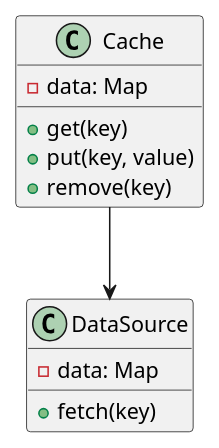
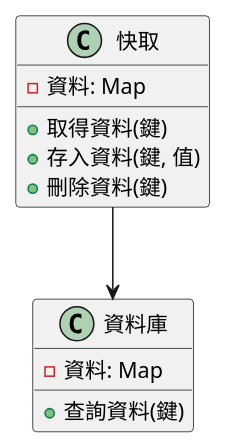
One commit to fine5351/info-sync changed the first of 3 diagrams in doc/learning/architecture/cache_tutorial.md. Above: the diagram before and after it, drawn with PlantUML. The commit also changed other lines of this file and 35 other files, not shown here.

````diff
--- a/doc/learning/architecture/cache_tutorial.md
+++ b/doc/learning/architecture/cache_tutorial.md
@@ -61,17 +45,17 @@
 ```plantuml
 @startuml
-class Cache {
-    - data: Map
-    + get(key)
-    + put(key, value)
-    + remove(key)
+class 快取 {
+    - 資料: Map
+    + 取得資料(鍵)
+    + 存入資料(鍵, 值)
+    + 刪除資料(鍵)
 }
 
-class DataSource {
-    - data: Map
-    + fetch(key)
+class 資料庫 {
+    - 資料: Map
+    + 查詢資料(鍵)
 }
 
-Cache --> DataSource
+快取 --> 資料庫
 @enduml
 ```
````
